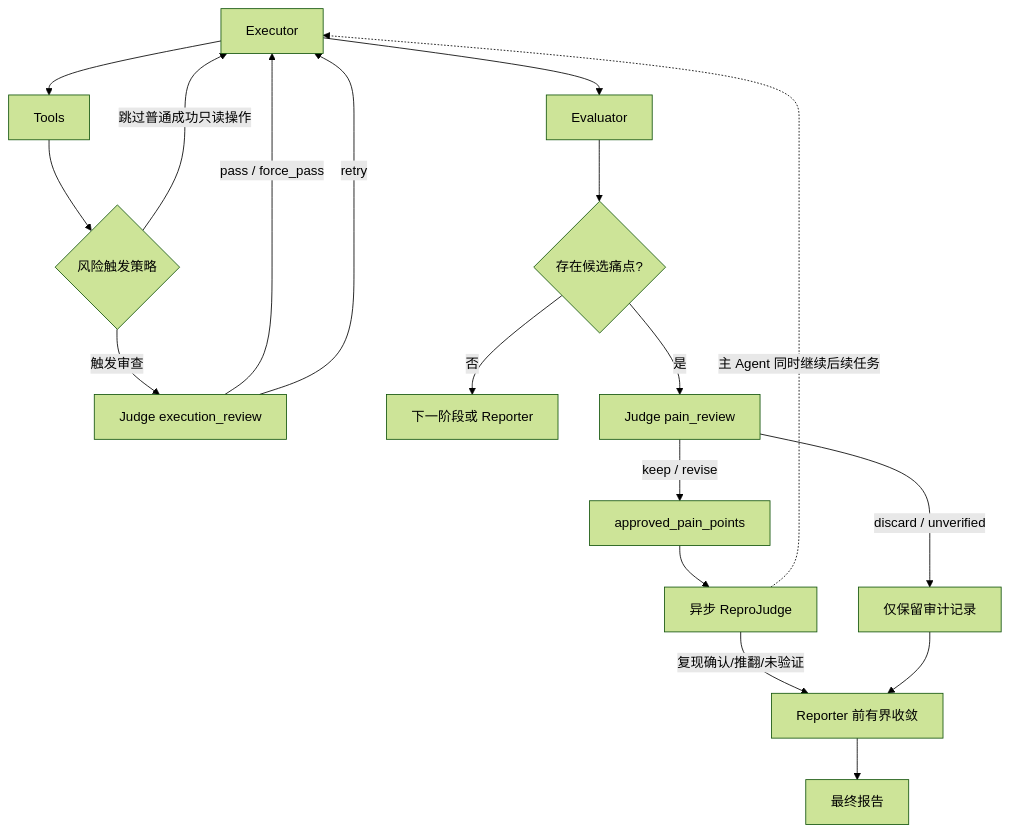
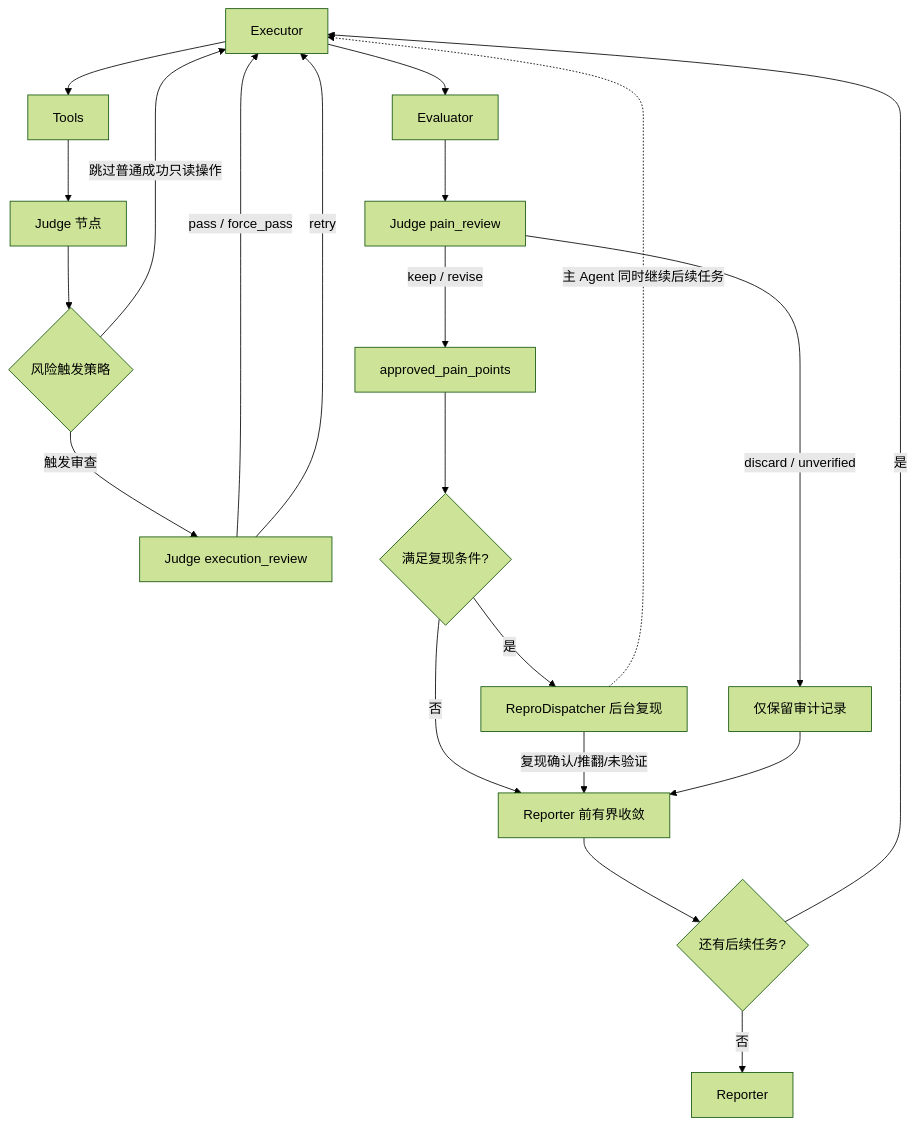
Before and after one commit to 4v89ybnmpz-ctrl/judge_architecture: the second of 2 diagrams in architecture.md, drawn with Mermaid (forest theme). The commit also changed other lines of this file, not shown here.

Commit message:
Revise architecture flowchart and Judge processing
Updated the flowchart to include a unified Judge node and clarified the roles of Evaluator and ReproDispatcher.

````diff
--- a/architecture.md
+++ b/architecture.md
@@ -68,20 +68,23 @@
 ```mermaid
 flowchart TD
     A[Executor] --> B[Tools]
-    B --> C{风险触发策略}
-    C -->|跳过普通成功只读操作| A
-    C -->|触发审查| D[Judge execution_review]
-    D -->|pass / force_pass| A
-    D -->|retry| A
-    A --> E[Evaluator]
-    E --> F{存在候选痛点?}
-    F -->|否| G[下一阶段或 Reporter]
-    F -->|是| H[Judge pain_review]
-    H -->|keep / revise| I[approved_pain_points]
-    H -->|discard / unverified| J[仅保留审计记录]
-    I --> R[异步 ReproJudge]
-    R -.主 Agent 同时继续后续任务.-> A
-    R -->|复现确认/推翻/未验证| K[Reporter 前有界收敛]
-    J --> K
-    K --> L[最终报告]
+    B --> C[Judge 节点]
+    C --> D{风险触发策略}
+    D -->|跳过普通成功只读操作| A
+    D -->|触发审查| E[Judge execution_review]
+    E -->|pass / force_pass| A
+    E -->|retry| A
+    A --> F[Evaluator]
+    F --> G[Judge pain_review]
+    G -->|keep / revise| H[approved_pain_points]
+    G -->|discard / unverified| I[仅保留审计记录]
+    H --> N{满足复现条件?}
+    N -->|是| J[ReproDispatcher 后台复现]
+    N -->|否| K[Reporter 前有界收敛]
+    J -.主 Agent 同时继续后续任务.-> A
+    J -->|复现确认/推翻/未验证| K
+    I --> K
+    K --> L{还有后续任务?}
+    L -->|是| A
+    L -->|否| M[Reporter]
 ```
````
